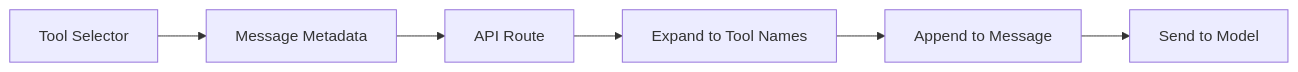
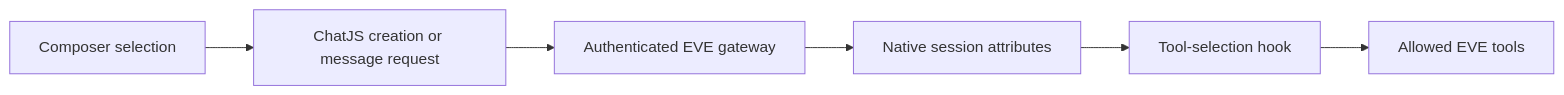
Before and after one commit to FranciscoMoretti/chat-js: the diagram in apps/docs/cookbook/explicit-tool-selection.mdx, drawn with Mermaid. The commit also changed other lines of this file and 411 other files, not shown here.

Commit message:
Remove legacy ChatJS runtime and scaffold EVE-only apps

````diff
--- a/apps/docs/cookbook/explicit-tool-selection.mdx
+++ b/apps/docs/cookbook/explicit-tool-selection.mdx
@@ -23,8 +10,8 @@
 ```mermaid
 flowchart LR
-    UI[Tool Selector] --> Meta[Message Metadata]
-    Meta --> Route[API Route]
-    Route --> Expand[Expand to Tool Names]
-    Expand --> Prompt[Append to Message]
-    Prompt --> LLM[Send to Model]
+    UI[Composer selection] --> Request[ChatJS creation or message request]
+    Request --> Gateway[Authenticated EVE gateway]
+    Gateway --> Metadata[Native session attributes]
+    Metadata --> Hook[Tool-selection hook]
+    Hook --> Tools[Allowed EVE tools]
 ```
````
